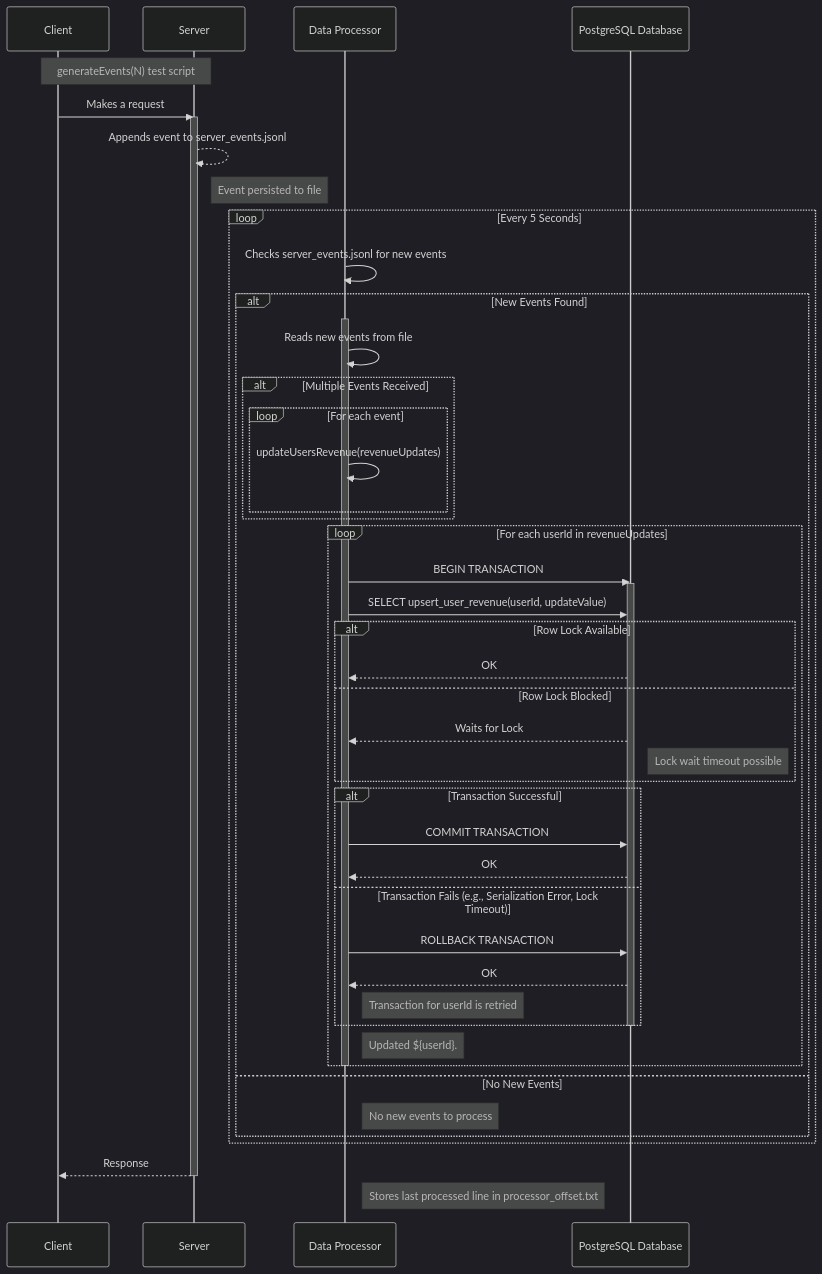
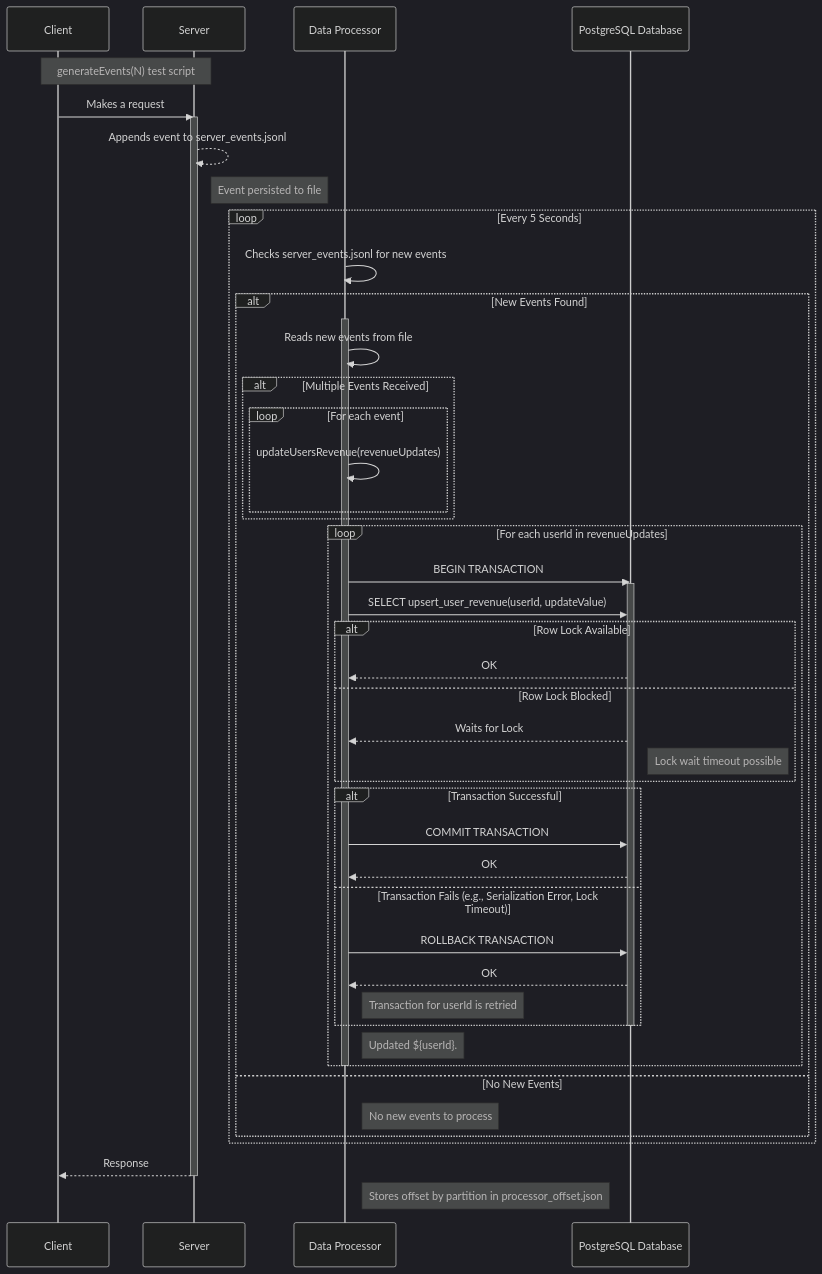
Before and after one commit to akrsmv/server-client-etl: the diagram in README.md, drawn with Mermaid (dark theme). The commit also changed other lines of this file and 1 other file, not shown here.

````diff
--- a/README.md
+++ b/README.md
@@ -52,60 +52,60 @@
 ```mermaid
 sequenceDiagram
     participant Client
     participant Server
     participant Data Processor
     participant PostgreSQL Database
 
     Note over Client,Server: generateEvents(N) test script
 
     Client->>Server: Makes a request
     activate Server
     Server-->>Server: Appends event to server_events.jsonl
     Note right of Server: Event persisted to file
 
     loop Every 5 Seconds
         Data Processor->>Data Processor: Checks server_events.jsonl for new events
         alt New Events Found
             activate Data Processor
             Data Processor->>Data Processor: Reads new events from file
             alt Multiple Events Received
                 loop For each event
                     Data Processor->>Data Processor: updateUsersRevenue(revenueUpdates)
                 end
             end
 
             loop For each userId in revenueUpdates
                 Data Processor->>PostgreSQL Database: BEGIN TRANSACTION
                 activate PostgreSQL Database
 
                 Data Processor->>PostgreSQL Database: SELECT upsert_user_revenue(userId, updateValue)
                 alt Row Lock Available
                     PostgreSQL Database-->>Data Processor: OK
                 else Row Lock Blocked
                     PostgreSQL Database-->>Data Processor: Waits for Lock
                     Note right of PostgreSQL Database: Lock wait timeout possible
                 end
 
                 alt Transaction Successful
                     Data Processor->>PostgreSQL Database: COMMIT TRANSACTION
                     PostgreSQL Database-->>Data Processor: OK
                 else Transaction Fails (e.g., Serialization Error, Lock Timeout)
                     Data Processor->>PostgreSQL Database: ROLLBACK TRANSACTION
                     PostgreSQL Database-->>Data Processor: OK
                     Note right of Data Processor: Transaction for userId is retried
                 end
                 deactivate PostgreSQL Database
 
                 Note right of Data Processor: Updated ${userId}.
             end
             deactivate Data Processor
         else No New Events
             Note right of Data Processor: No new events to process
         end
     end
 
     Server-->>Client: Response
     deactivate Server
 
-    Note right of Data Processor: Stores last processed line in processor_offset.txt
+    Note right of Data Processor: Stores offset by partition in processor_offset.json
 ```
````
